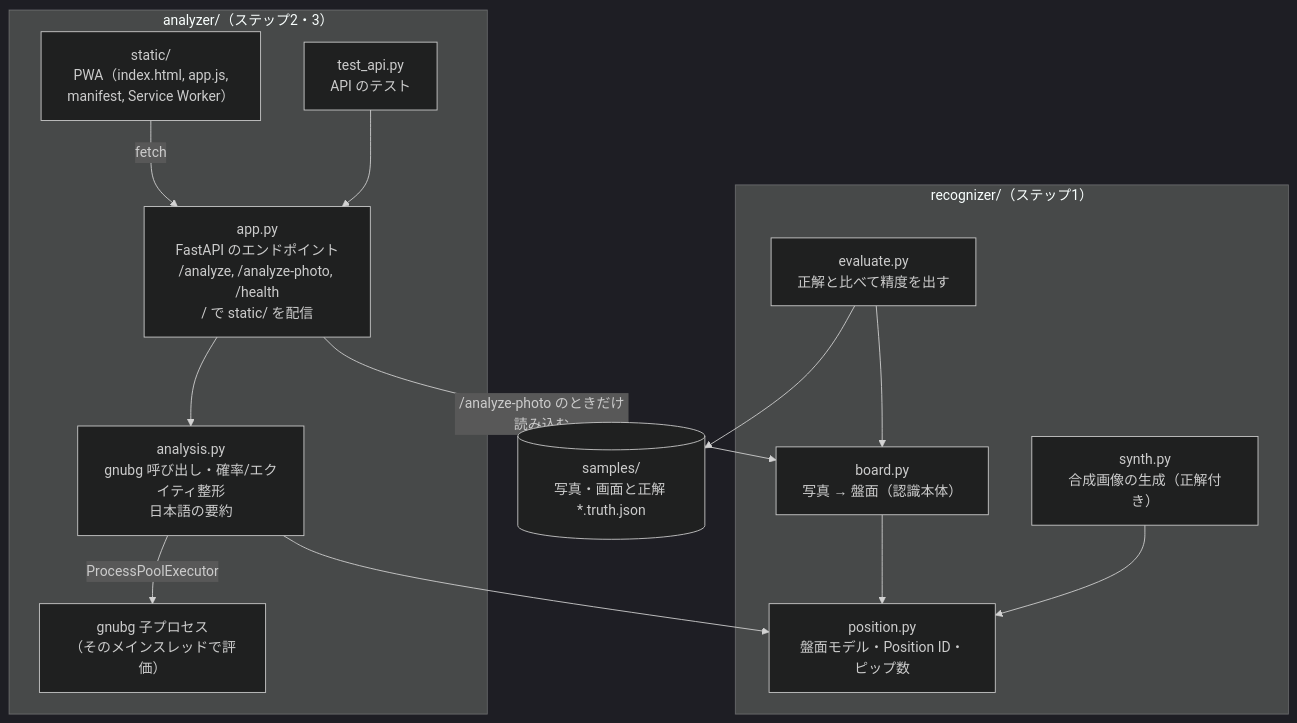
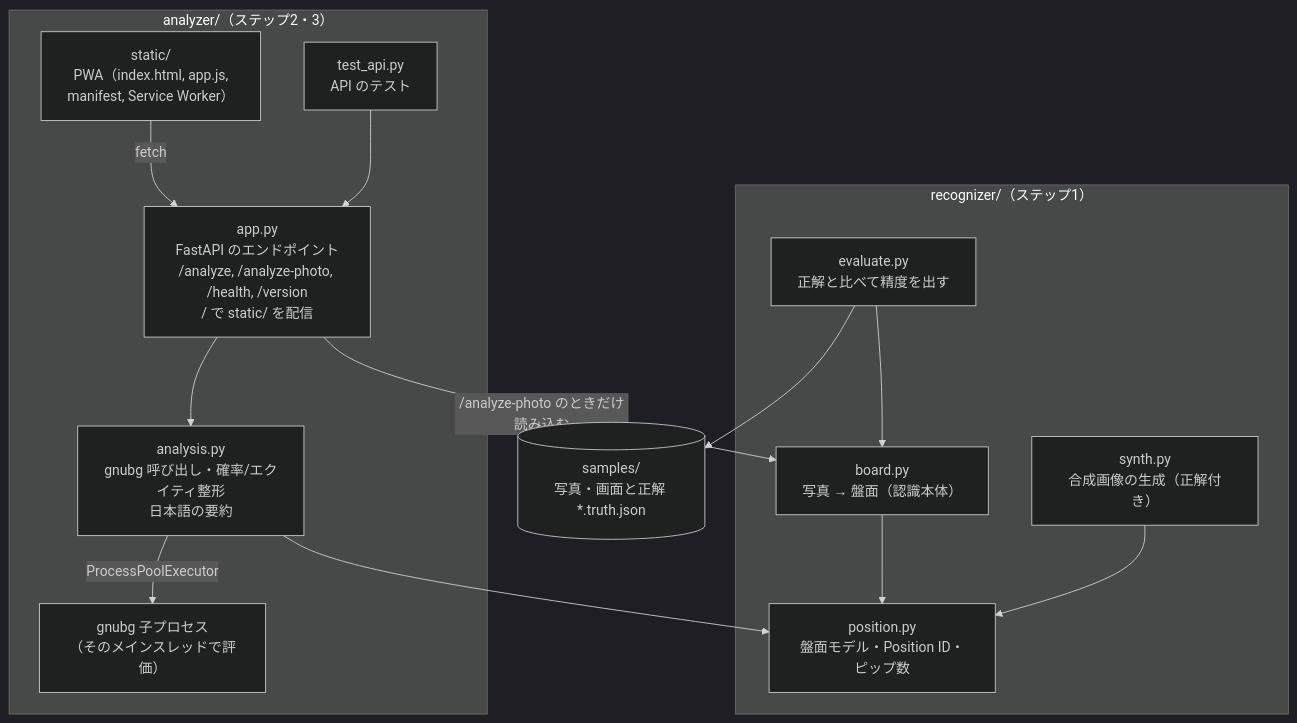
One commit to ytani01/bganalyzer changed the second of 5 diagrams in README.md. Above: the diagram before and after it, drawn with Mermaid (dark theme). The commit also changed 13 other files, not shown here.

````diff
--- a/README.md
+++ b/README.md
@@ -39,30 +39,30 @@
 ```mermaid
 flowchart TB
     subgraph analyzer["analyzer/（ステップ2・3）"]
-        app["app.py<br/>FastAPI のエンドポイント<br/>/analyze, /analyze-photo, /health<br/>/ で static/ を配信"]
+        app["app.py<br/>FastAPI のエンドポイント<br/>/analyze, /analyze-photo, /health, /version<br/>/ で static/ を配信"]
         analysis["analysis.py<br/>gnubg 呼び出し・確率/エクイティ整形<br/>日本語の要約"]
         worker["gnubg 子プロセス<br/>（そのメインスレッドで評価）"]
         test["test_api.py<br/>API のテスト"]
         static["static/<br/>PWA（index.html, app.js,<br/>manifest, Service Worker）"]
     end
 
     subgraph recognizer["recognizer/（ステップ1）"]
         board["board.py<br/>写真 → 盤面（認識本体）"]
         position["position.py<br/>盤面モデル・Position ID・ピップ数"]
         synth["synth.py<br/>合成画像の生成（正解付き）"]
         evaluate["evaluate.py<br/>正解と比べて精度を出す"]
     end
 
     samples[("samples/<br/>写真・画面と正解 *.truth.json")]
 
     static -- "fetch" --> app
     app --> analysis
     app -- "/analyze-photo のときだけ読み込む" --> board
     analysis --> position
     analysis -- "ProcessPoolExecutor" --> worker
     board --> position
     synth --> position
     evaluate --> board
     evaluate --> samples
     test --> app
 ```
````
